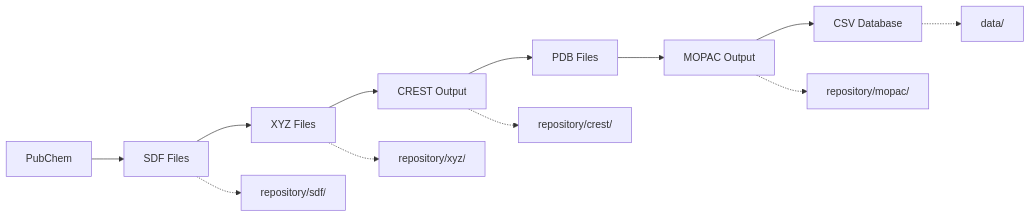
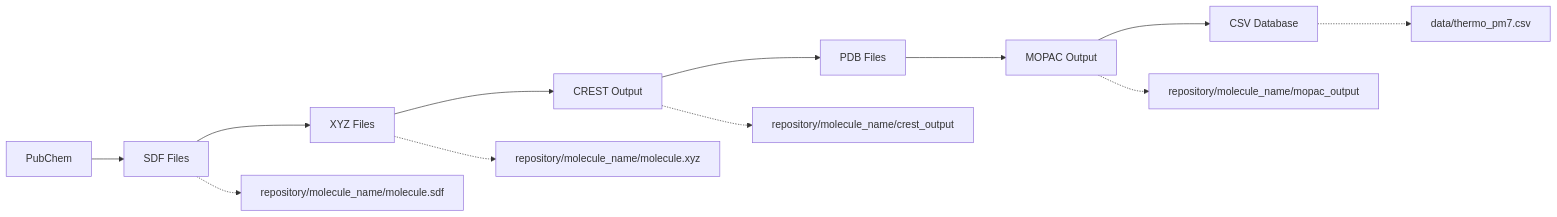
The diagram in docs/project_struture.md (IgorLeno/grimperium), drawn with Mermaid before and after one commit. The commit also changed other lines of this file and 2 other files, not shown here.

````diff
--- a/docs/project_struture.md
+++ b/docs/project_struture.md
@@ -148,15 +166,15 @@
 ```mermaid
 graph LR
     A[PubChem] --> B[SDF Files]
     B --> C[XYZ Files]
     C --> D[CREST Output]
     D --> E[PDB Files]
     E --> F[MOPAC Output]
     F --> G[CSV Database]
-    
-    B -.-> H[repository/sdf/]
-    C -.-> I[repository/xyz/]
-    D -.-> J[repository/crest/]
-    F -.-> K[repository/mopac/]
-    G -.-> L[data/]
+
+    B -.-> H[repository/molecule_name/molecule.sdf]
+    C -.-> I[repository/molecule_name/molecule.xyz]
+    D -.-> J[repository/molecule_name/crest_output]
+    F -.-> K[repository/molecule_name/mopac_output]
+    G -.-> L[data/thermo_pm7.csv]
 ```
````
